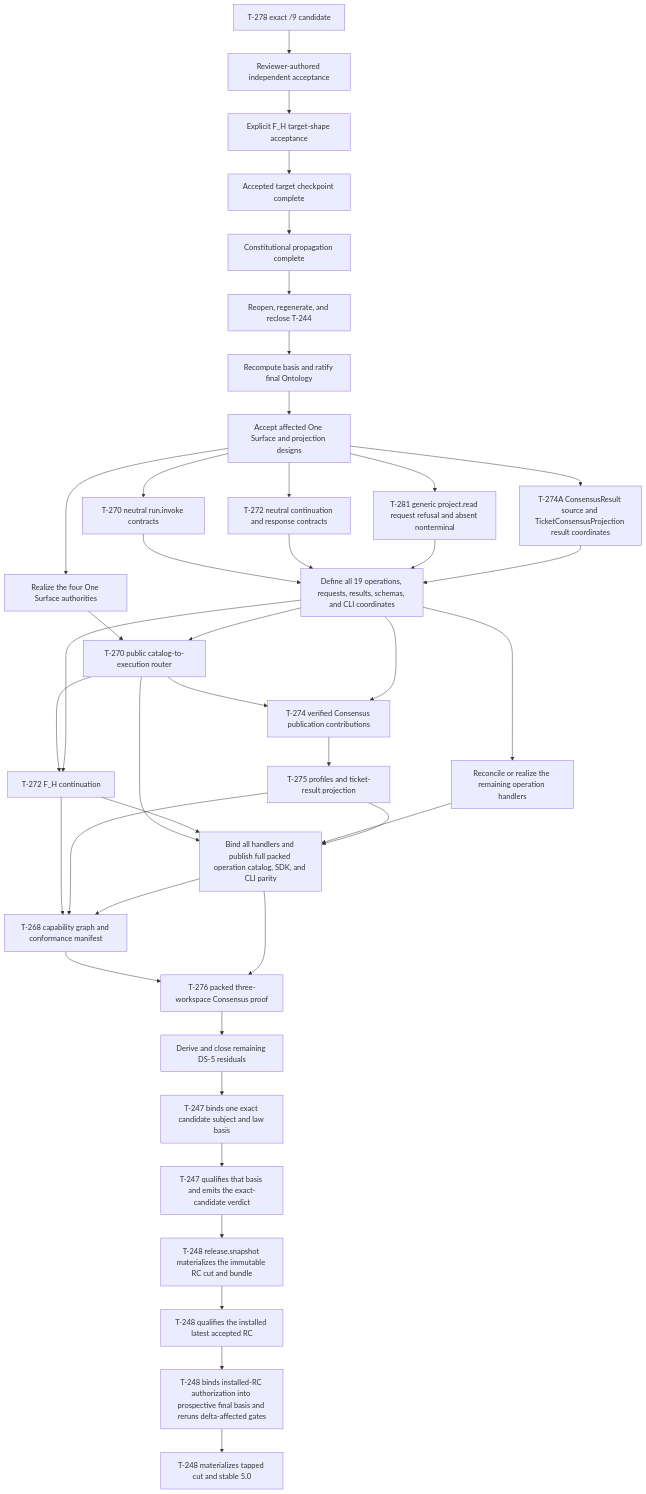
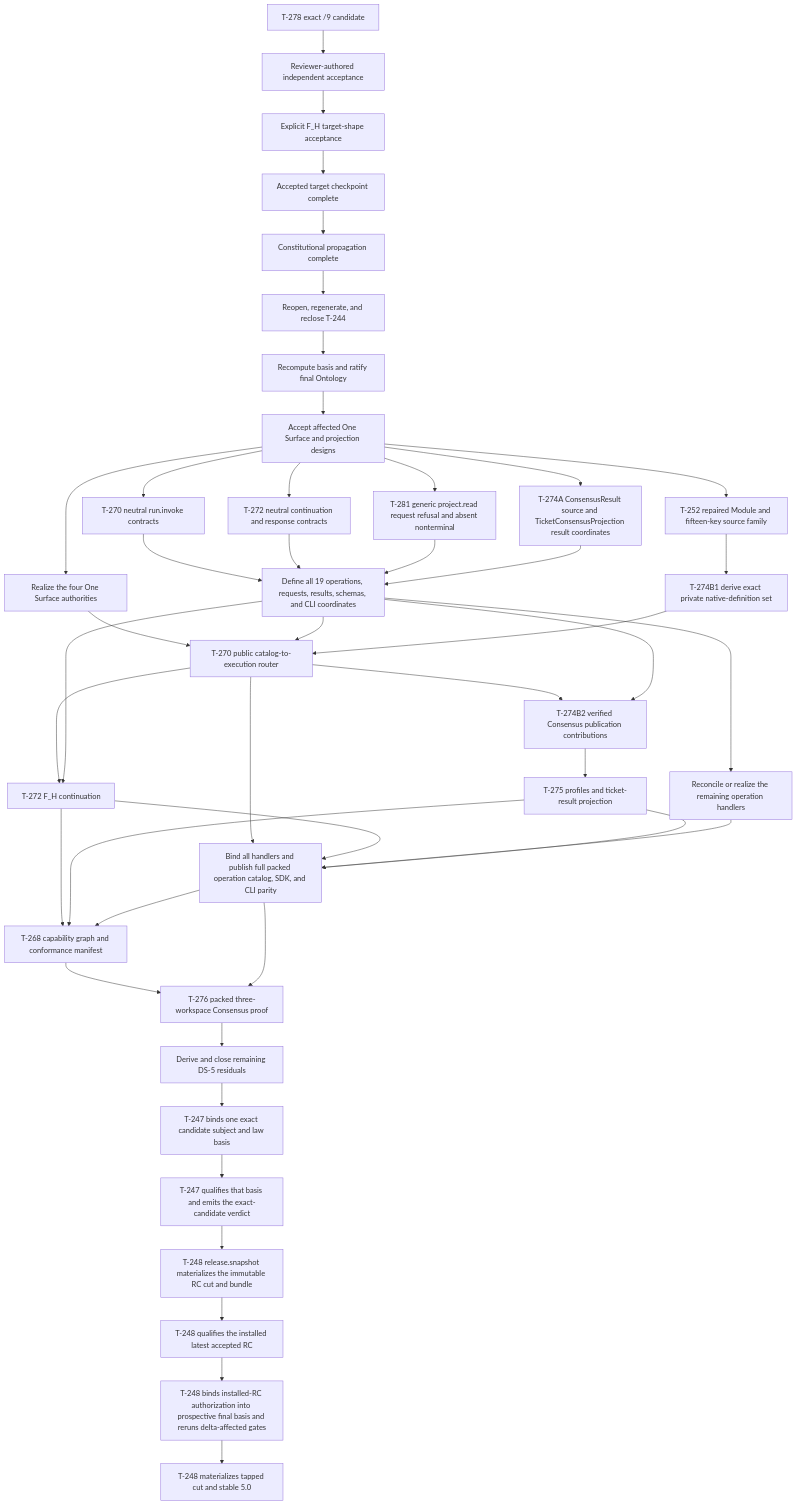
One commit to foolishimp/abiogenesis changed the diagram in specification/GOALS.md. Above: the diagram before and after it, drawn with Mermaid. The commit also changed other lines of this file and 5 other files, not shown here.

Commit message:
design(t274b): bind private native definition delivery

````diff
--- a/specification/GOALS.md
+++ b/specification/GOALS.md
@@ -139,43 +139,46 @@
 ```mermaid
 flowchart TD
   A[T-278 exact /9 candidate] --> A2[Reviewer-authored independent acceptance]
   A2 --> A3[Explicit F_H target-shape acceptance]
   A3 --> S[Accepted target checkpoint complete]
   S --> B[Constitutional propagation complete]
   B --> C[Reopen, regenerate, and reclose T-244]
   C --> D[Recompute basis and ratify final Ontology]
   D --> E[Accept affected One Surface and projection designs]
   E --> O[Realize the four One Surface authorities]
   E --> N270[T-270 neutral run.invoke contracts]
   E --> N272[T-272 neutral continuation and response contracts]
   E --> H0A[T-281 generic project.read request refusal and absent nonterminal]
   E --> H0B[T-274A ConsensusResult source and TicketConsensusProjection result coordinates]
+  E --> R252[T-252 repaired Module and fifteen-key source family]
   N270 --> P1[Define all 19 operations, requests, results, schemas, and CLI coordinates]
   N272 --> P1
   H0A --> P1
   H0B --> P1
+  R252 --> H1[T-274B1 derive exact private native-definition set]
   O --> F[T-270 public catalog-to-execution router]
   P1 --> F
+  H1 --> F
   P1 --> Q[Reconcile or realize the remaining operation handlers]
   F --> G[T-272 F_H continuation]
   P1 --> G
-  F --> H[T-274 verified Consensus publication contributions]
-  P1 --> H
-  H --> I[T-275 profiles and ticket-result projection]
+  F --> H2[T-274B2 verified Consensus publication contributions]
+  P1 --> H2
+  H2 --> I[T-275 profiles and ticket-result projection]
   F --> P2[Bind all handlers and publish full packed operation catalog, SDK, and CLI parity]
   G --> P2
   Q --> P2
   I --> P2
   G --> J[T-268 capability graph and conformance manifest]
   I --> J
   P2 --> J
   J --> K[T-276 packed three-workspace Consensus proof]
   P2 --> K
   K --> L[Derive and close remaining DS-5 residuals]
   L --> B1[T-247 binds one exact candidate subject and law basis]
   B1 --> B2[T-247 qualifies that basis and emits the exact-candidate verdict]
   B2 --> R[T-248 release.snapshot materializes the immutable RC cut and bundle]
   R --> V[T-248 qualifies the installed latest accepted RC]
   V --> F1[T-248 binds installed-RC authorization into prospective final basis and reruns delta-affected gates]
   F1 --> N[T-248 materializes tapped cut and stable 5.0]
 ```
````
